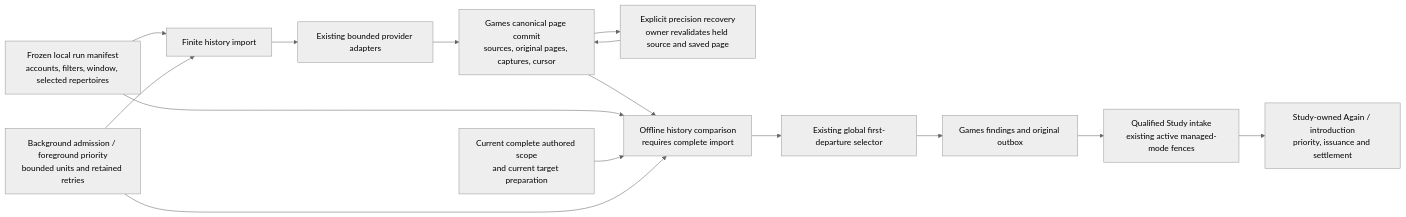
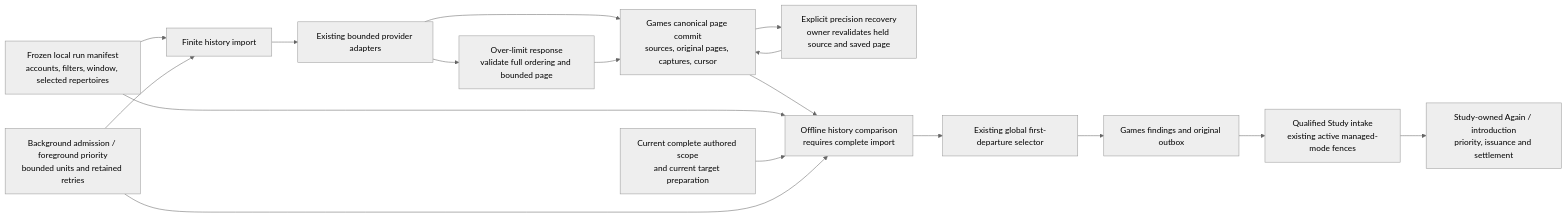
One commit to aaweaver-actuary/tempo changed the first of 8 diagrams in backend/app/product_composition/README.md. Above: the diagram before and after it, drawn with Mermaid (neutral theme). The commit also changed other lines of this file and 15 other files, not shown here.

````diff
--- a/backend/app/product_composition/README.md
+++ b/backend/app/product_composition/README.md
@@ -11,17 +11,19 @@
 ```mermaid
 flowchart LR
   Manifest["Frozen local run manifest<br/>accounts, filters, window, selected repertoires"] --> Import["Finite history import"]
   Import --> Providers["Existing bounded provider adapters"]
   Providers --> Commit["Games canonical page commit<br/>sources, original pages, captures, cursor"]
+  Providers --> Oversized["Over-limit response<br/>validate full ordering and bounded page"]
+  Oversized --> Commit
   Commit --> Recovery["Explicit precision recovery<br/>owner revalidates held source and saved page"]
   Recovery --> Commit
   Commit --> Replay["Offline history comparison<br/>requires complete import"]
   Manifest --> Replay
   Scope["Current complete authored scope<br/>and current target preparation"] --> Replay
   Replay --> Selector["Existing global first-departure selector"]
   Selector --> Facts["Games findings and original outbox"]
   Facts --> Intake["Qualified Study intake<br/>existing active managed-mode fences"]
   Intake --> Study["Study-owned Again / introduction<br/>priority, issuance and settlement"]
   Gate["Background admission / foreground priority<br/>bounded units and retained retries"] --> Import
   Gate --> Replay
 ```
````
